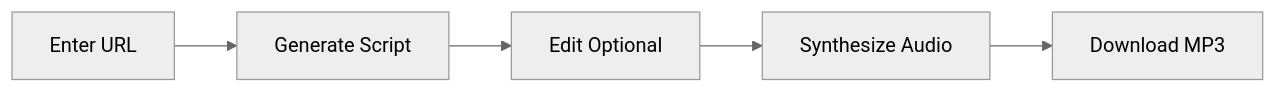
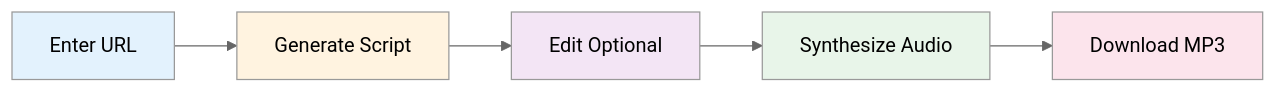
The first of 2 diagrams in README.md (Hazenbox/Vani-ai), drawn with Mermaid (neutral theme) before and after one commit. The commit also changed other lines of this file and 8 other files, not shown here.

````diff
--- a/README.md
+++ b/README.md
@@ -238,7 +259,13 @@
 ```mermaid
 graph LR
     A[Enter URL] --> B[Generate Script]
     B --> C[Edit Optional]
     C --> D[Synthesize Audio]
     D --> E[Download MP3]
+    
+    style A fill:#e3f2fd
+    style B fill:#fff3e0
+    style C fill:#f3e5f5
+    style D fill:#e8f5e9
+    style E fill:#fce4ec
 ```
````
